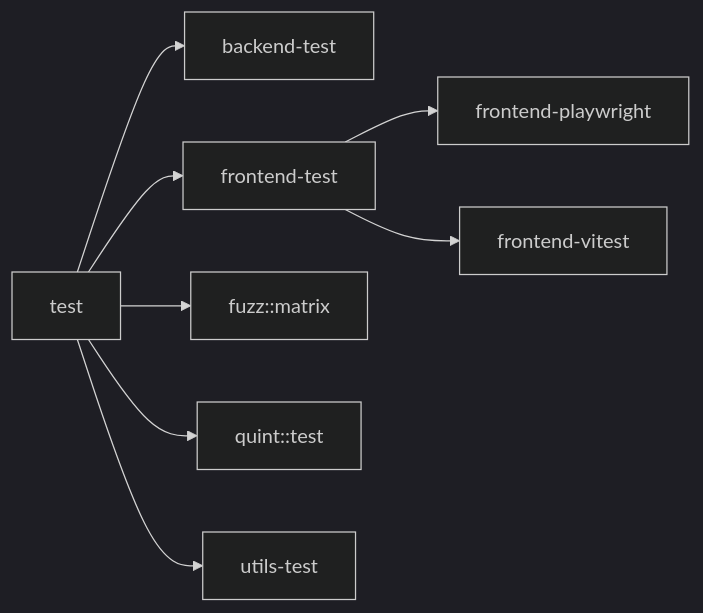
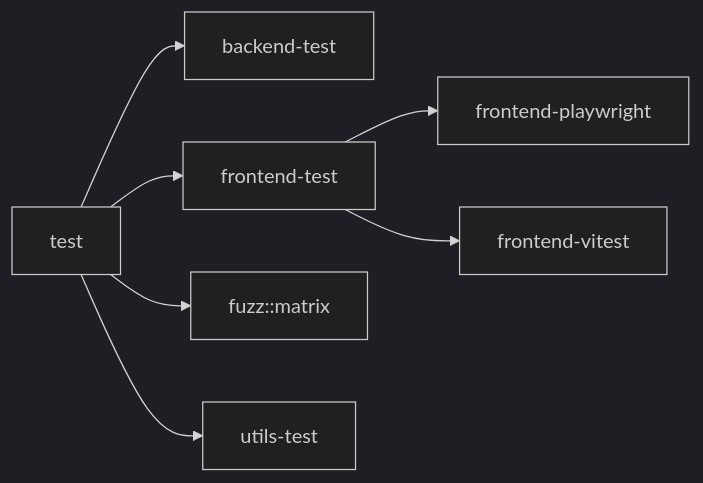
Before and after one commit to codesam88/picasu: the second of 11 diagrams in docs/quality-gates.md, drawn with Mermaid (dark theme). The commit also changed other lines of this file and 1 other file, not shown here.

First line of the commit message:
Drop quint::test from the test aggregate

````diff
--- a/docs/quality-gates.md
+++ b/docs/quality-gates.md
@@ -32,10 +32,9 @@
 ```mermaid
 graph LR
   test --> backend-test
   test --> frontend-test
   test --> fuzz::matrix
-  test --> quint::test
   test --> utils-test
   frontend-test --> frontend-playwright
   frontend-test --> frontend-vitest
 ```
````
